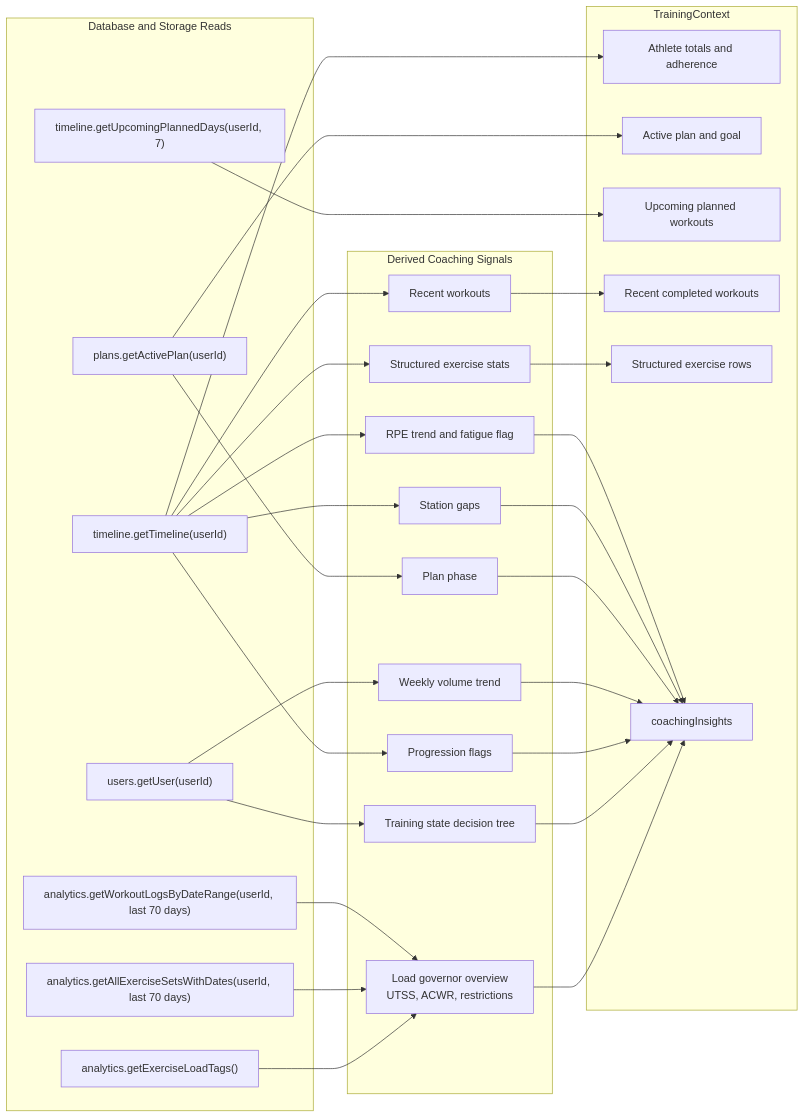
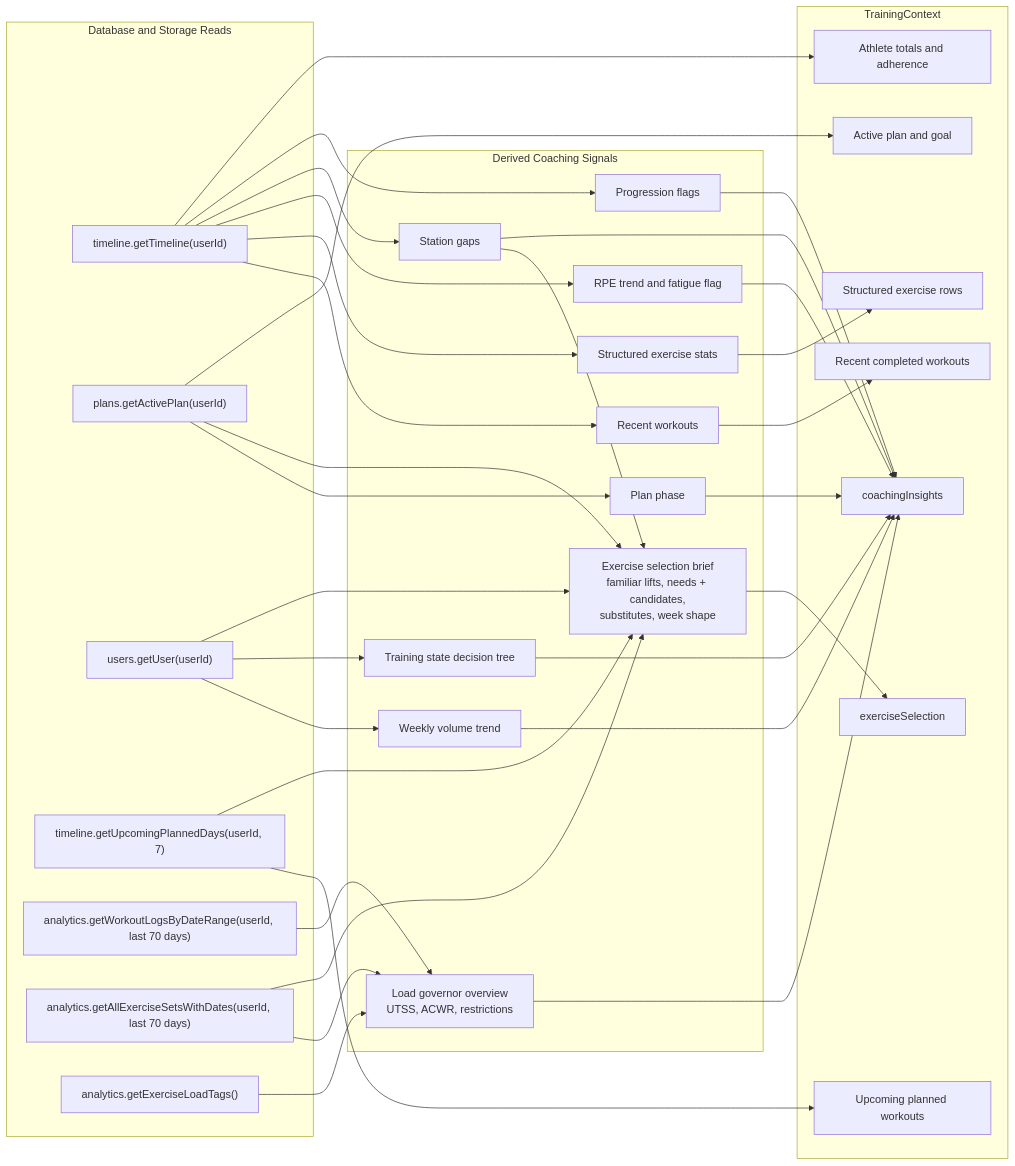
Before and after one commit to daler91/Hyrox-Companion: the second of 4 diagrams in docs/ai-coach-auto-regulation-flow.md, drawn with Mermaid. The commit also changed other lines of this file and 22 other files, not shown here.

````diff
--- a/docs/ai-coach-auto-regulation-flow.md
+++ b/docs/ai-coach-auto-regulation-flow.md
@@ -85,59 +85,67 @@
 ```mermaid
 flowchart LR
     subgraph DB["Database and Storage Reads"]
         T1["timeline.getTimeline(userId)"]
         T2["plans.getActivePlan(userId)"]
         T3["users.getUser(userId)"]
         T4["timeline.getUpcomingPlannedDays(userId, 7)"]
         T5["analytics.getWorkoutLogsByDateRange(userId, last 70 days)"]
         T6["analytics.getAllExerciseSetsWithDates(userId, last 70 days)"]
         T7["analytics.getExerciseLoadTags()"]
     end
 
     subgraph Derived["Derived Coaching Signals"]
         D1["Recent workouts"]
         D2["Structured exercise stats"]
         D3["RPE trend and fatigue flag"]
         D4["Station gaps"]
         D5["Plan phase"]
         D6["Weekly volume trend"]
         D7["Progression flags"]
         D8["Training state decision tree"]
         D9["Load governor overview<br/>UTSS, ACWR, restrictions"]
+        D10["Exercise selection brief<br/>familiar lifts, needs + candidates,<br/>substitutes, week shape"]
     end
 
     subgraph Context["TrainingContext"]
         C1["Athlete totals and adherence"]
         C2["Active plan and goal"]
         C3["Upcoming planned workouts"]
         C4["Recent completed workouts"]
         C5["Structured exercise rows"]
         C6["coachingInsights"]
+        C7["exerciseSelection"]
     end
 
     T1 --> D1
     T1 --> D2
     T1 --> D3
     T1 --> D4
     T1 --> D7
     T2 --> D5
     T3 --> D6
     T3 --> D8
     T4 --> C3
     T5 --> D9
     T6 --> D9
     T7 --> D9
+    T2 --> D10
+    T3 --> D10
+    T4 --> D10
+    T6 --> D10
+    D4 --> D10
 
     D1 --> C4
     D2 --> C5
     D3 --> C6
     D4 --> C6
     D5 --> C6
     D6 --> C6
     D7 --> C6
     D8 --> C6
     D9 --> C6
+    D10 --> C7
 
     T1 --> C1
     T2 --> C2
 ```
````
